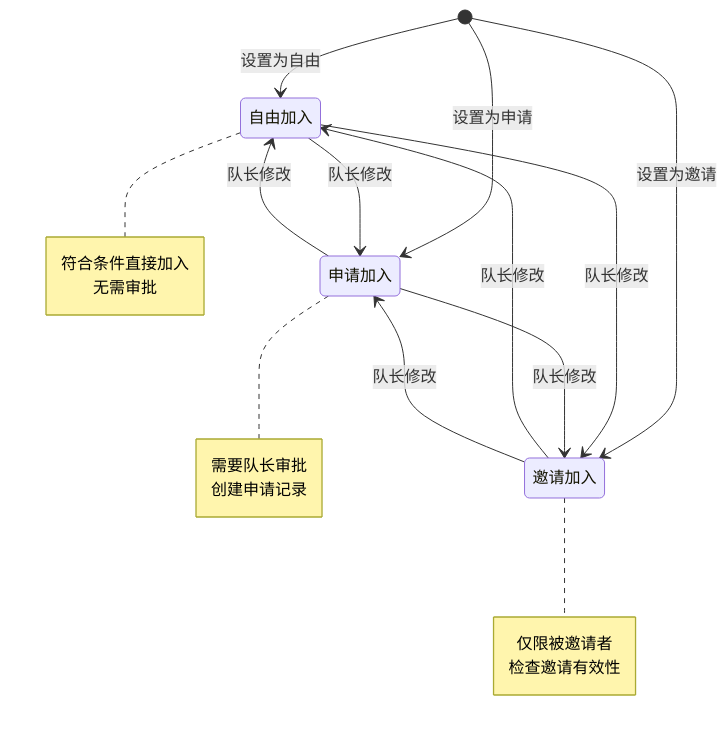
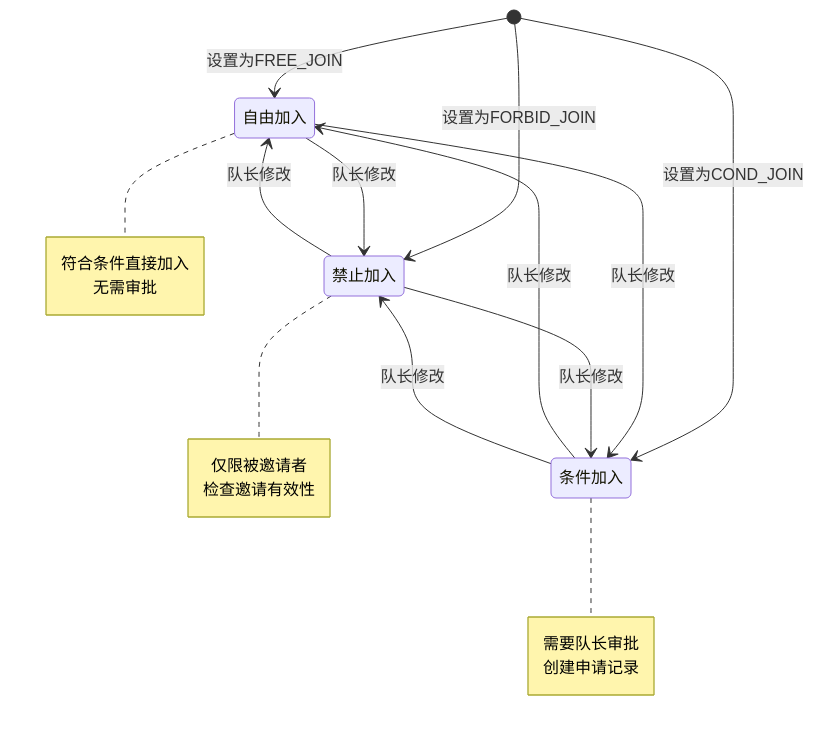
The fourth of 6 diagrams in docs/Module_ActivityTeam/06_实现细节.md (Alan-Ben/k2c_game_framework), drawn with Mermaid before and after one commit. The commit also changed other lines of this file and 5 other files, not shown here.

````diff
--- a/docs/Module_ActivityTeam/06_实现细节.md
+++ b/docs/Module_ActivityTeam/06_实现细节.md
@@ -115,28 +137,28 @@
 ```mermaid
 stateDiagram-v2
-    [*] --> 自由加入: 设置为自由
-    [*] --> 申请加入: 设置为申请
-    [*] --> 邀请加入: 设置为邀请
+    [*] --> 自由加入: 设置为FREE_JOIN
+    [*] --> 禁止加入: 设置为FORBID_JOIN
+    [*] --> 条件加入: 设置为COND_JOIN
 
-    自由加入 --> 申请加入: 队长修改
-    自由加入 --> 邀请加入: 队长修改
-    申请加入 --> 自由加入: 队长修改
-    申请加入 --> 邀请加入: 队长修改
-    邀请加入 --> 自由加入: 队长修改
-    邀请加入 --> 申请加入: 队长修改
+    自由加入 --> 禁止加入: 队长修改
+    自由加入 --> 条件加入: 队长修改
+    禁止加入 --> 自由加入: 队长修改
+    禁止加入 --> 条件加入: 队长修改
+    条件加入 --> 自由加入: 队长修改
+    条件加入 --> 禁止加入: 队长修改
 
     note right of 自由加入
         符合条件直接加入
         无需审批
     end note
 
-    note right of 申请加入
+    note right of 禁止加入
+        仅限被邀请者
+        检查邀请有效性
+    end note
+
+    note right of 条件加入
         需要队长审批
         创建申请记录
     end note
-
-    note right of 邀请加入
-        仅限被邀请者
-        检查邀请有效性
-    end note
 ```
````
